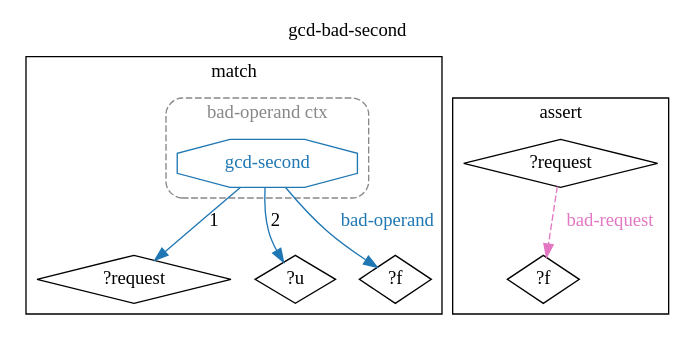
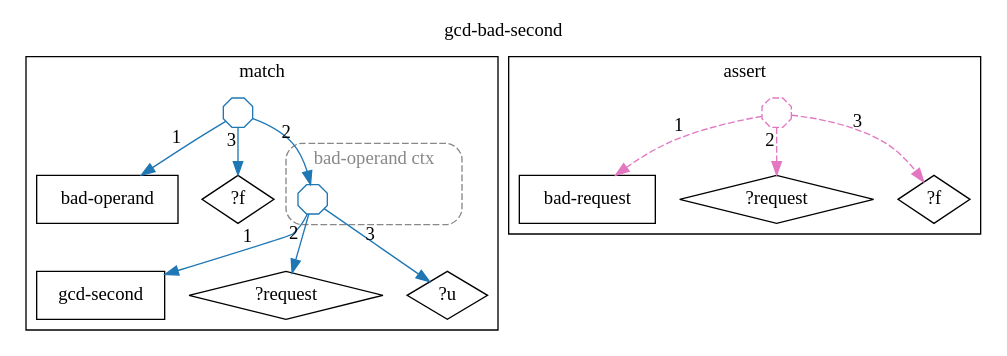
One commit to agutikov/ein changed the diagram in docs/ein/user/04-reference/04-stdlib/diagrams/13-std.math.gcd.gcd-bad-second.dot. Above: the diagram before and after it, drawn with Graphviz. The commit also changed 1083 other files, not shown here.

```diff
--- a/docs/ein/user/04-reference/04-stdlib/diagrams/13-std.math.gcd.gcd-bad-second.dot
+++ b/docs/ein/user/04-reference/04-stdlib/diagrams/13-std.math.gcd.gcd-bad-second.dot
@@ -1,21 +1,31 @@
 digraph rule_gcd_bad_second_lhs_rhs {
   rankdir=TB;
   label="gcd-bad-second"; labelloc=t;
   subgraph cluster_lhs { label="match";
+    "bad-operand_L" [label="bad-operand", shape=box];
+    "gcd-second_L" [label="gcd-second", shape=box];
     "?request_L" [label="?request", shape=diamond];
     "?u_L" [label="?u", shape=diamond];
     "?f_L" [label="?f", shape=diamond];
     subgraph cluster_ctx_L_0 {
       label="bad-operand ctx"; style="dashed,rounded"; color="#888888"; fontcolor="#888888";
-      "(gcd-second ?request ?u)_L" [shape=octagon, label="gcd-second", color="#1f77b4", fontcolor="#1f77b4"];
+      "(gcd-second ?request ?u)_L" [shape=octagon, label="", width=0.3, height=0.3, fixedsize=true, color="#1f77b4"];
     }
-    "(gcd-second ?request ?u)_L" -> "?f_L" [label="bad-operand", color="#1f77b4", fontcolor="#1f77b4"];
-    "(gcd-second ?request ?u)_L" -> "?request_L" [label="1", color="#1f77b4"];
-    "(gcd-second ?request ?u)_L" -> "?u_L" [label="2", color="#1f77b4"];
+    "h1_bad-operand_L" [shape=octagon, label="", width=0.3, height=0.3, fixedsize=true, color="#1f77b4"];
+    "h1_bad-operand_L" -> "bad-operand_L" [xlabel="1", color="#1f77b4"];
+    "h1_bad-operand_L" -> "(gcd-second ?request ?u)_L" [xlabel="2", color="#1f77b4"];
+    "h1_bad-operand_L" -> "?f_L" [xlabel="3", color="#1f77b4"];
+    "(gcd-second ?request ?u)_L" -> "gcd-second_L" [xlabel="1", color="#1f77b4"];
+    "(gcd-second ?request ?u)_L" -> "?request_L" [xlabel="2", color="#1f77b4"];
+    "(gcd-second ?request ?u)_L" -> "?u_L" [xlabel="3", color="#1f77b4"];
   }
   subgraph cluster_rhs { label="assert";
+    "bad-request_R" [label="bad-request", shape=box];
     "?request_R" [label="?request", shape=diamond];
     "?f_R" [label="?f", shape=diamond];
-    "?request_R" -> "?f_R" [label="bad-request", color="#e377c2", fontcolor="#e377c2", style=dashed];
+    "h2_bad-request_R" [shape=octagon, label="", width=0.3, height=0.3, fixedsize=true, color="#e377c2", style=dashed];
+    "h2_bad-request_R" -> "bad-request_R" [xlabel="1", color="#e377c2", style=dashed];
+    "h2_bad-request_R" -> "?request_R" [xlabel="2", color="#e377c2", style=dashed];
+    "h2_bad-request_R" -> "?f_R" [xlabel="3", color="#e377c2", style=dashed];
   }
 }
```
